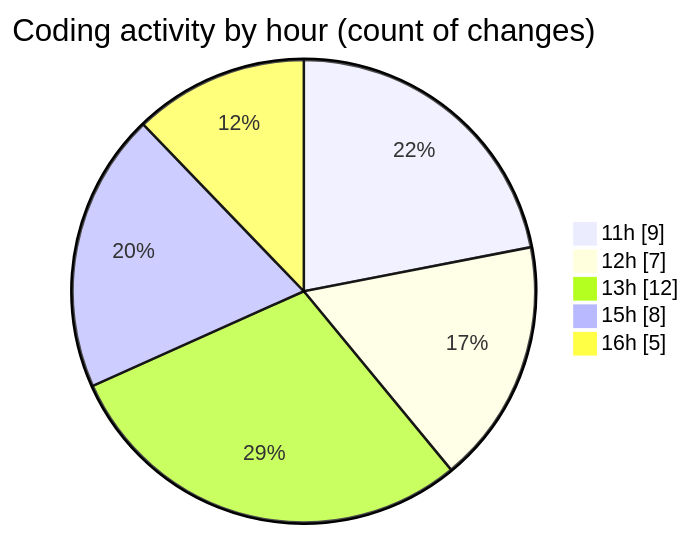
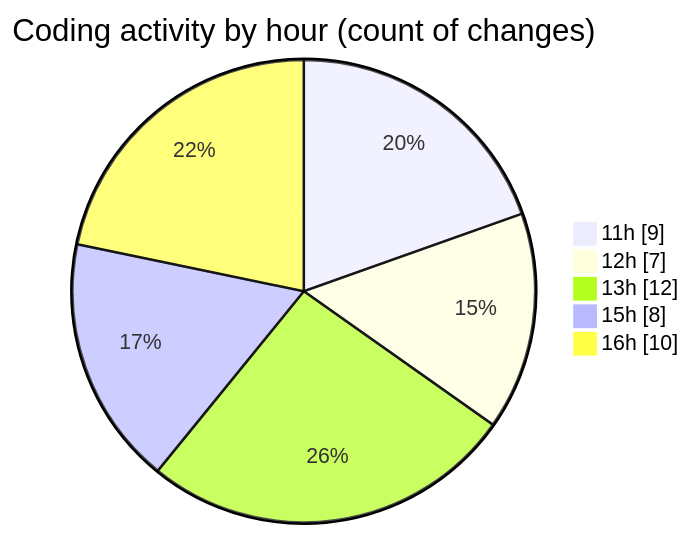
One commit to EIIisD/code-tracking changed the second of 2 diagrams in 2025-08-07/ribbon/README.md. Above: the diagram before and after it, drawn with Mermaid. The commit also changed other lines of this file and 1 other file, not shown here.

````diff
--- a/2025-08-07/ribbon/README.md
+++ b/2025-08-07/ribbon/README.md
@@ -44,9 +45,9 @@
 ```mermaid
 pie showData
 title Coding activity by hour (count of changes)
 "11h" : 9
 "12h" : 7
 "13h" : 12
 "15h" : 8
-"16h" : 5
+"16h" : 10
 ```
````
